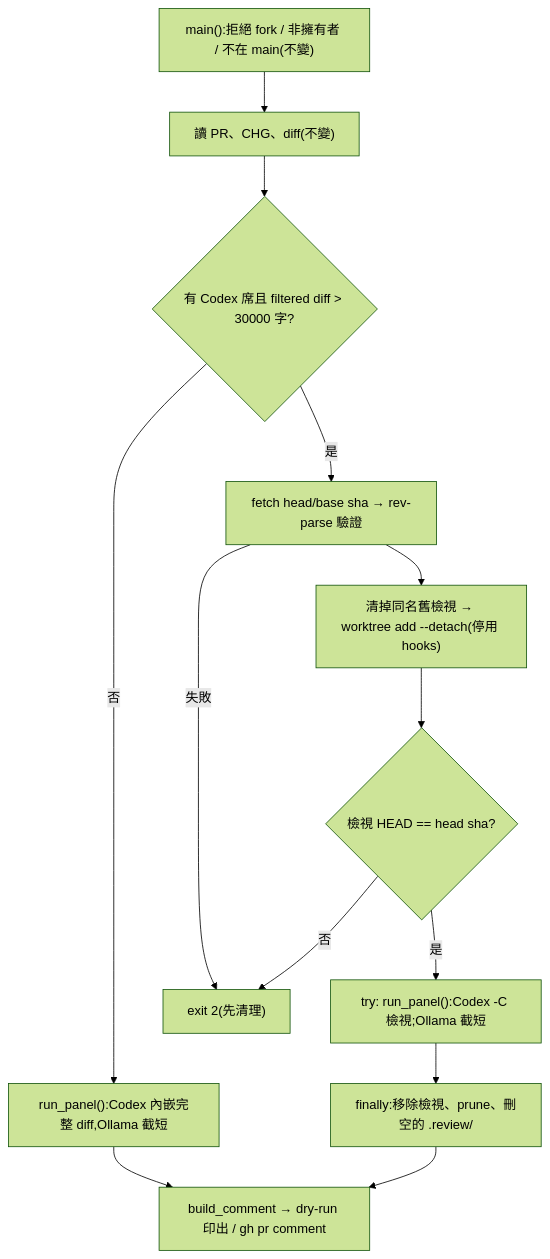
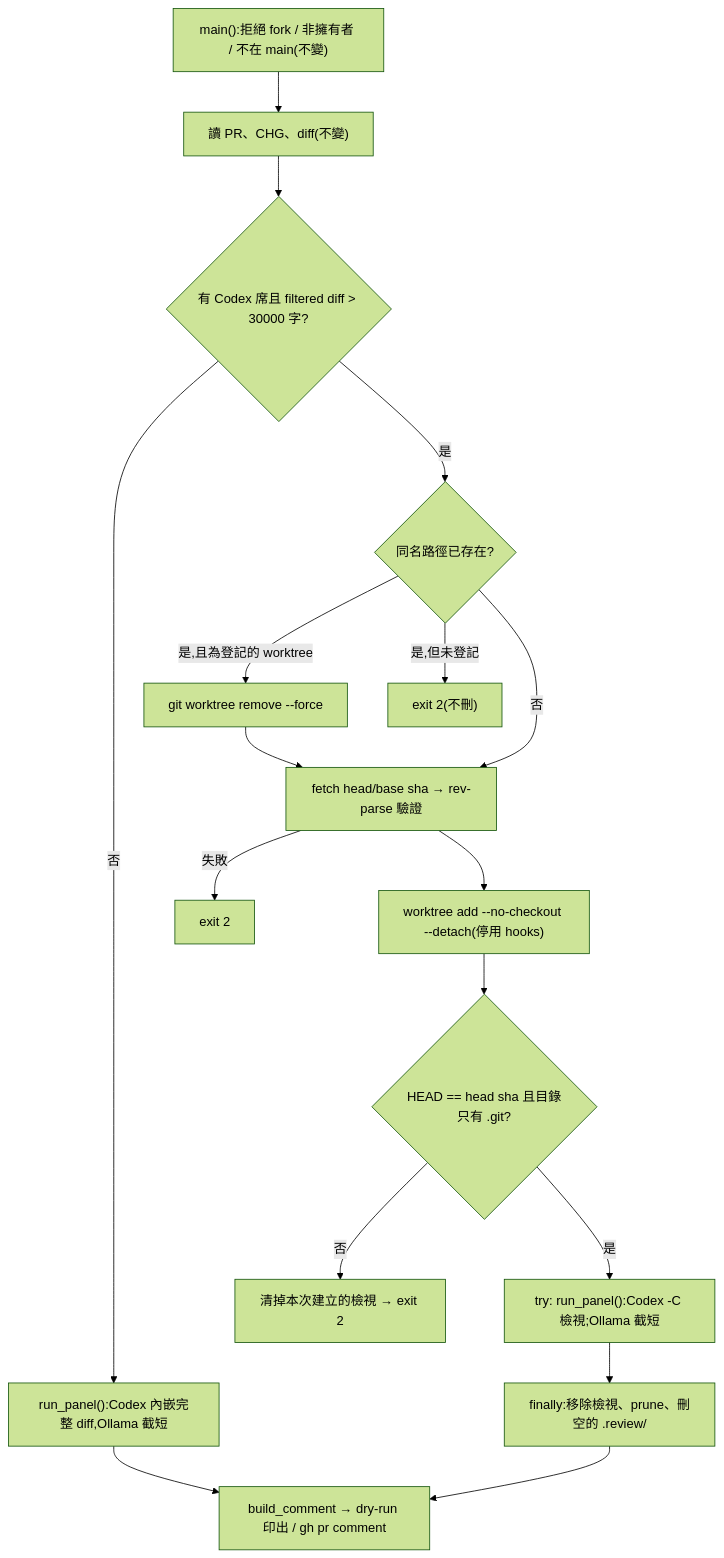
The second of 2 diagrams in docs/changes/CHG-20261028-01.md (kamira/podcast-studio), drawn with Mermaid (forest theme) before and after one commit. The commit also changed other lines of this file, not shown here.

````diff
--- a/docs/changes/CHG-20261028-01.md
+++ b/docs/changes/CHG-20261028-01.md
@@ -83,15 +85,19 @@
 ```mermaid
 flowchart TD
   A["main():拒絕 fork / 非擁有者 / 不在 main(不變)"] --> B["讀 PR、CHG、diff(不變)"]
   B --> C{"有 Codex 席且 filtered diff > 30000 字?"}
   C -->|否| E["run_panel():Codex 內嵌完整 diff,Ollama 截短"]
-  C -->|是| V1["fetch head/base sha → rev-parse 驗證"]
-  V1 -->|失敗| X["exit 2(先清理)"]
-  V1 --> V2["清掉同名舊檢視 → worktree add --detach(停用 hooks)"]
-  V2 --> V3{"檢視 HEAD == head sha?"}
-  V3 -->|否| X
+  C -->|是| S{"同名路徑已存在?"}
+  S -->|是,且為登記的 worktree| S2["git worktree remove --force"]
+  S -->|是,但未登記| X["exit 2(不刪)"]
+  S -->|否| V1
+  S2 --> V1["fetch head/base sha → rev-parse 驗證"]
+  V1 -->|失敗| X2["exit 2"]
+  V1 --> V2["worktree add --no-checkout --detach(停用 hooks)"]
+  V2 --> V3{"HEAD == head sha 且目錄只有 .git?"}
+  V3 -->|否| X3["清掉本次建立的檢視 → exit 2"]
   V3 -->|是| T["try: run_panel():Codex -C 檢視;Ollama 截短"]
   T --> FIN["finally:移除檢視、prune、刪空的 .review/"]
   E --> G["build_comment → dry-run 印出 / gh pr comment"]
   FIN --> G
 ```
````
